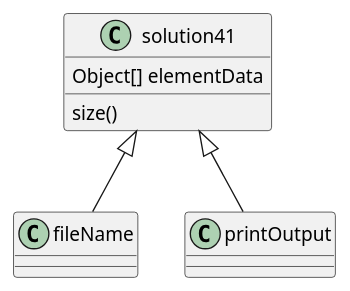
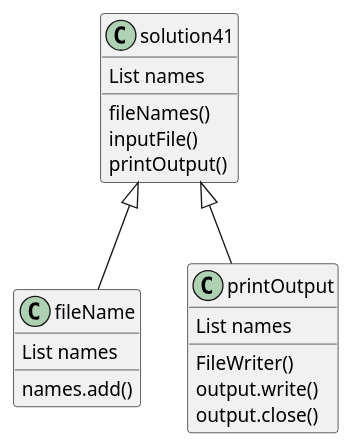
Before and after one commit to MichaelAndrich/Andrich-a04: the diagram in exercise41/docs/Diagram.puml, drawn with PlantUML. The commit also changed 3 other files, not shown here.

Commit message:
4th commit plantuml diagram

```diff
--- a/exercise41/docs/Diagram.puml
+++ b/exercise41/docs/Diagram.puml
@@ -1,21 +1,30 @@
 @startuml
 'https://plantuml.com/class-diagram
 
 
 
 
 solution41 <|-- fileName
 solution41 <|-- printOutput
 
 class fileName {
-
+List names
+names.add()
 }
 
+class printOutput {
+List names
+FileWriter()
+output.write()
+output.close()
+}
 
 class solution41 {
-Object[] elementData
-size()
+List names
+fileNames()
+inputFile()
+printOutput()
 }
 
 
 @enduml
```
